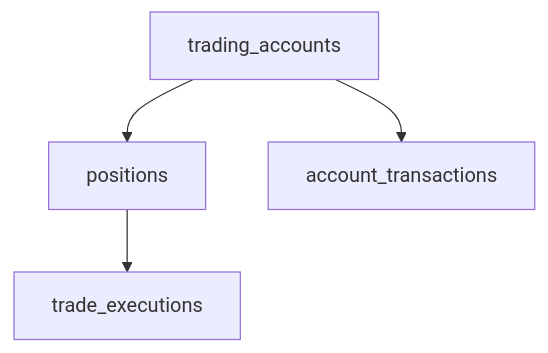
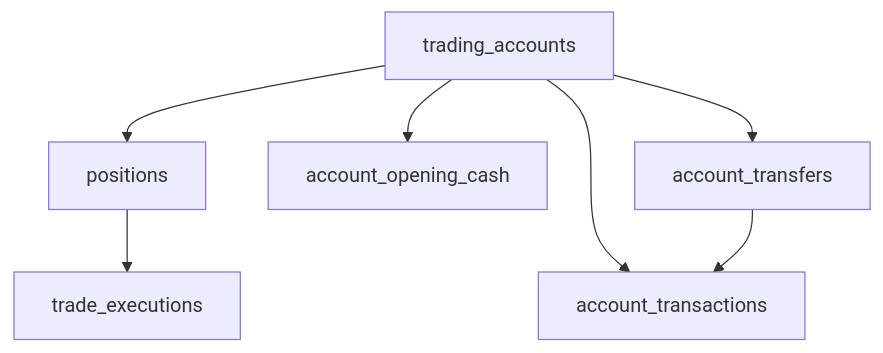
Before and after one commit to MarioMigliacio/STONKS: the diagram in docs/journal.md, drawn with Mermaid. The commit also changed other lines of this file and 49 other files, not shown here.

````diff
--- a/docs/journal.md
+++ b/docs/journal.md
@@ -40,6 +32,9 @@
 ```mermaid
 flowchart TD
     A[trading_accounts] --> B[positions]
     B --> C[trade_executions]
     A --> D[account_transactions]
+    A --> E[account_opening_cash]
+    A --> F[account_transfers]
+    F --> D
 ```
````
